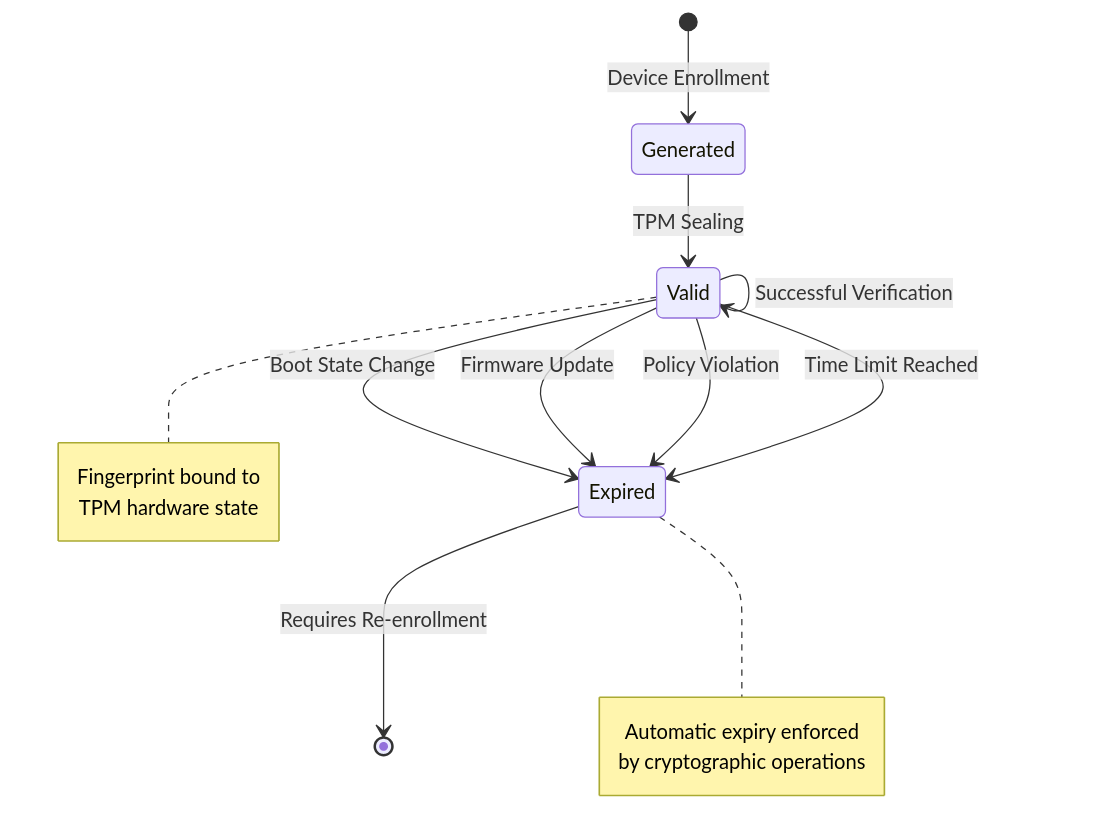
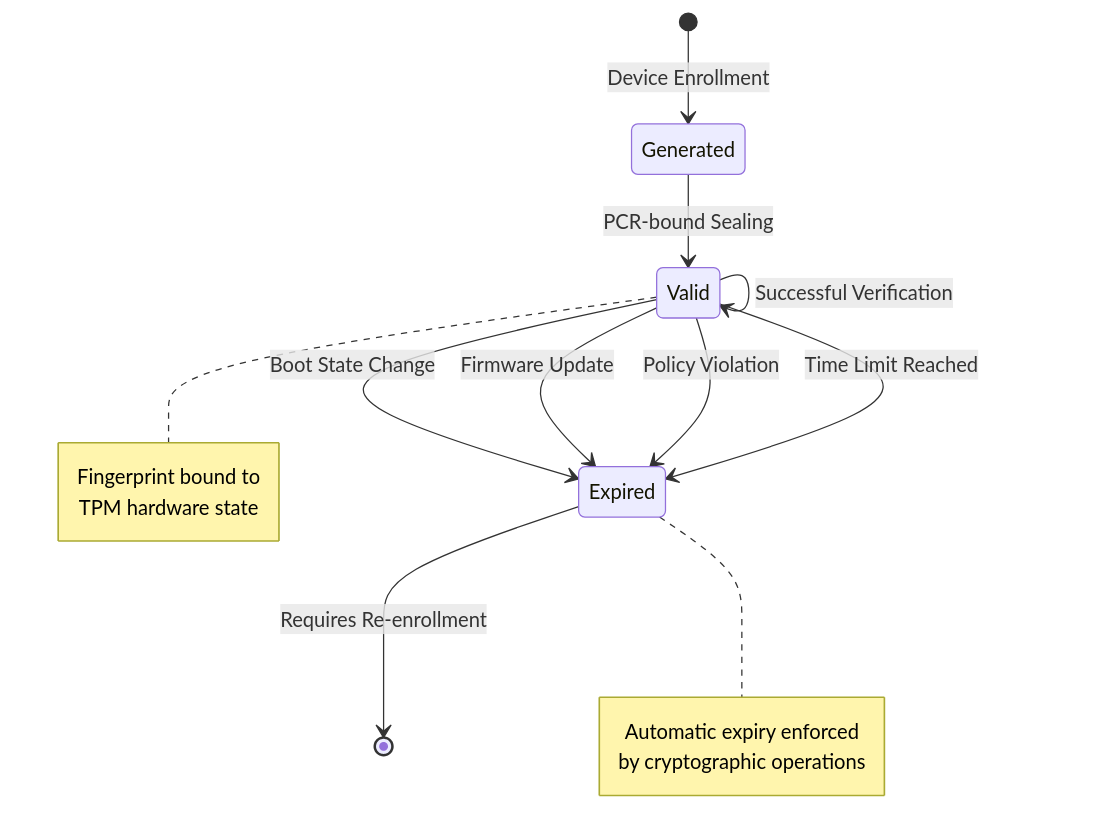
Before and after one commit to Johnsonajibi/Trustcore-TPM: the third of 6 diagrams in README.md, drawn with Mermaid. The commit also changed other lines of this file and 10 other files, not shown here.

Commit message:
Fix Windows TPM detection and PCR reading, update docs

````diff
--- a/README.md
+++ b/README.md
@@ -229,21 +229,21 @@
 ```mermaid
 stateDiagram-v2
     [*] --> Generated: Device Enrollment
-    Generated --> Valid: TPM Sealing
+    Generated --> Valid: PCR-bound Sealing
     Valid --> Valid: Successful Verification
     Valid --> Expired: Boot State Change
     Valid --> Expired: Firmware Update
     Valid --> Expired: Policy Violation
     Valid --> Expired: Time Limit Reached
     Expired --> [*]: Requires Re-enrollment
     
     note right of Valid
         Fingerprint bound to
         TPM hardware state
     end note
     
     note right of Expired
         Automatic expiry enforced
         by cryptographic operations
     end note
 ```
````
